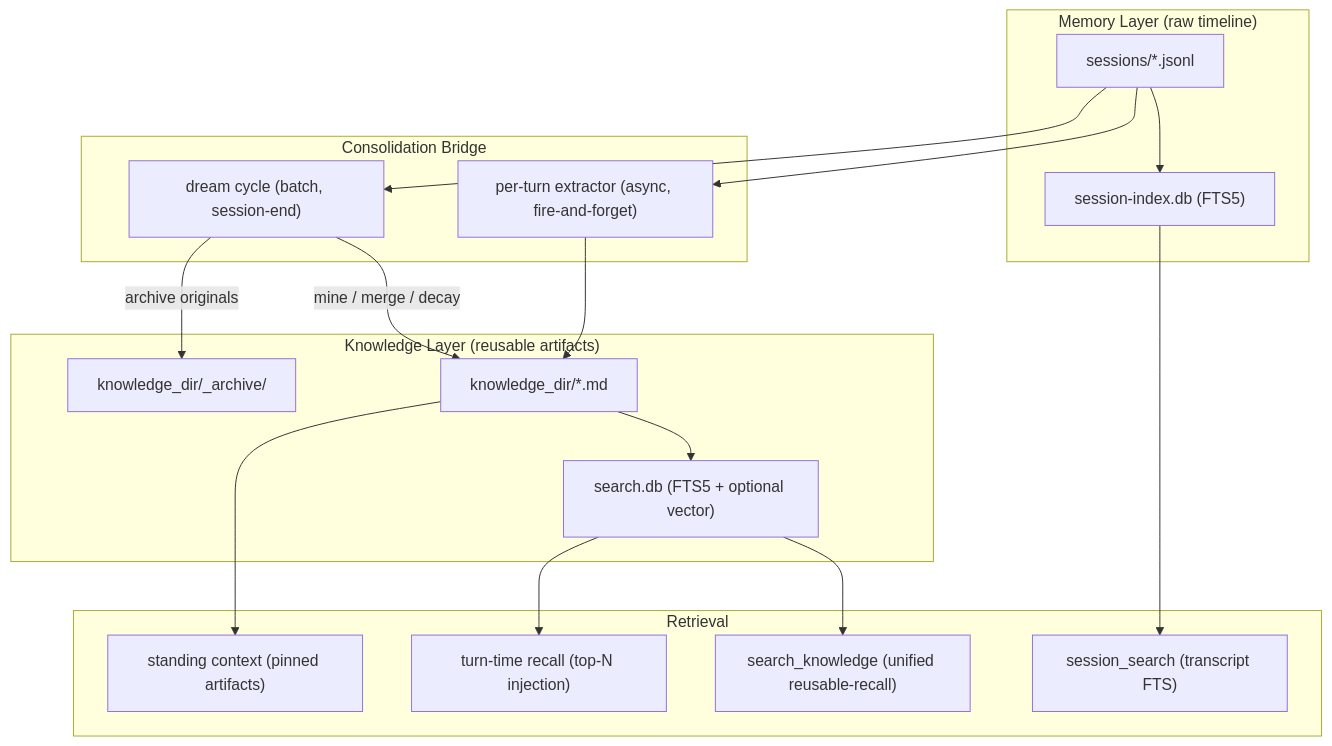
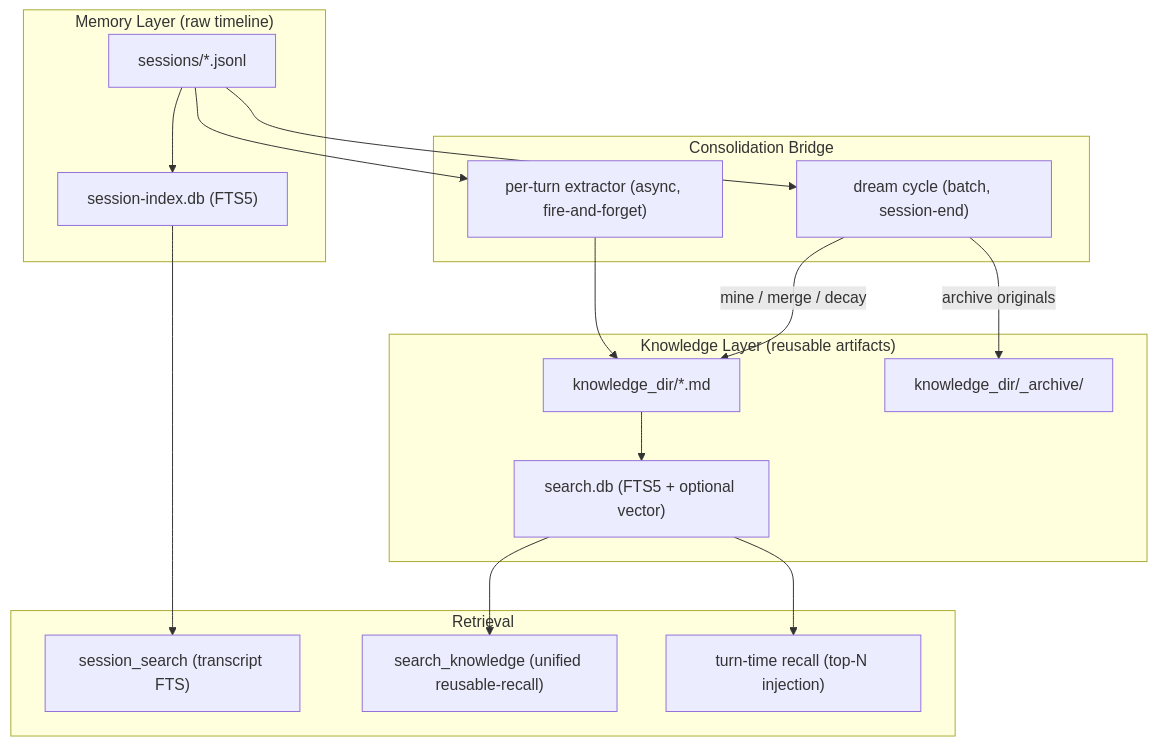
Before and after one commit to binlecode/co-cli: the diagram in docs/specs/cognition.md, drawn with Mermaid. The commit also changed other lines of this file and 15 other files, not shown here.

First line of the commit message:
refactor: remove dead standing-artifacts injection logic (v0.7.175)

````diff
--- a/docs/specs/cognition.md
+++ b/docs/specs/cognition.md
@@ -41,38 +41,36 @@
 ```mermaid
 flowchart TD
     subgraph Memory["Memory Layer (raw timeline)"]
         Transcripts["sessions/*.jsonl"]
         SessionIdx["session-index.db (FTS5)"]
     end
 
     subgraph Bridge["Consolidation Bridge"]
         Extractor["per-turn extractor (async, fire-and-forget)"]
         Dream["dream cycle (batch, session-end)"]
     end
 
     subgraph Knowledge["Knowledge Layer (reusable artifacts)"]
         KDir["knowledge_dir/*.md"]
         SearchDB["search.db (FTS5 + optional vector)"]
         Archive["knowledge_dir/_archive/"]
     end
 
     subgraph Recall["Retrieval"]
         EpisodicSearch["session_search (transcript FTS)"]
         KnowledgeSearch["search_knowledge (unified reusable-recall)"]
-        StandingCtx["standing context (pinned artifacts)"]
         TurnRecall["turn-time recall (top-N injection)"]
     end
 
     Transcripts --> SessionIdx
     Transcripts --> Extractor
     Transcripts --> Dream
     Extractor --> KDir
     Dream -->|"mine / merge / decay"| KDir
     Dream -->|"archive originals"| Archive
     KDir --> SearchDB
 
     SessionIdx --> EpisodicSearch
     SearchDB --> KnowledgeSearch
     SearchDB --> TurnRecall
-    KDir --> StandingCtx
 ```
````
